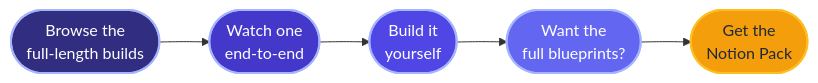
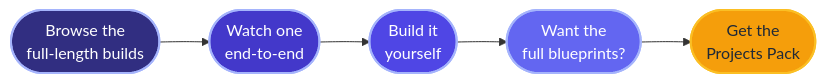
One commit to sdw-online/Data-Projects-Portfolio changed the diagram in README.md. Above: the diagram before and after it, drawn with Mermaid. The commit also changed other lines of this file and 2 other files, not shown here.

First line of the commit message:
feat: redesigned Pack CTA (no accent, no Notion branding) + bigger subscribe text + correct Medium architectural diagrams

````diff
--- a/README.md
+++ b/README.md
@@ -17,13 +17,13 @@
 ```mermaid
 flowchart LR
     A([Browse the<br/>full-length builds]) --> B([Watch one<br/>end-to-end])
     B --> C([Build it<br/>yourself])
     C --> D([Want the<br/>full blueprints?])
-    D --> N([Get the<br/>Notion Pack])
+    D --> N([Get the<br/>Projects Pack])
 
     style A fill:#312e81,stroke:#a5b4fc,stroke-width:2px,color:#ffffff
     style B fill:#4338ca,stroke:#a5b4fc,stroke-width:2px,color:#ffffff
     style C fill:#4f46e5,stroke:#a5b4fc,stroke-width:2px,color:#ffffff
     style D fill:#6366f1,stroke:#a5b4fc,stroke-width:2px,color:#ffffff
     style N fill:#f59e0b,stroke:#fbbf24,stroke-width:2px,color:#1f2937
 ```
````
